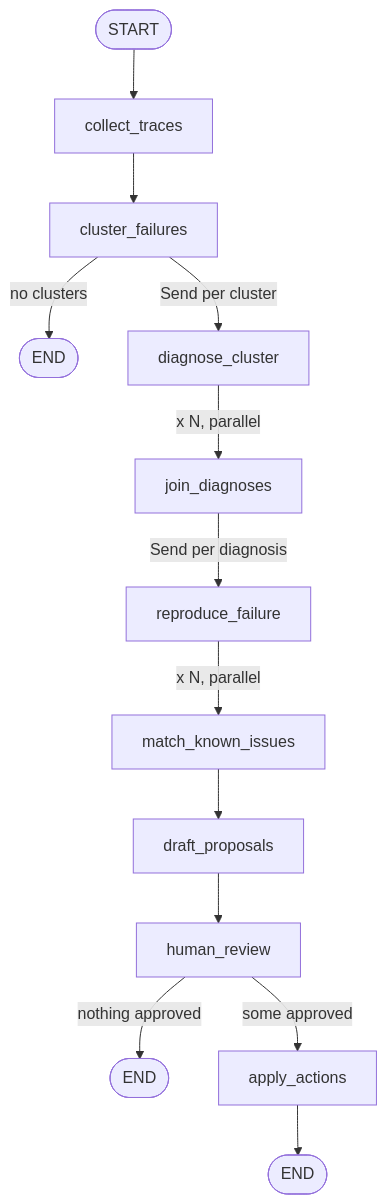
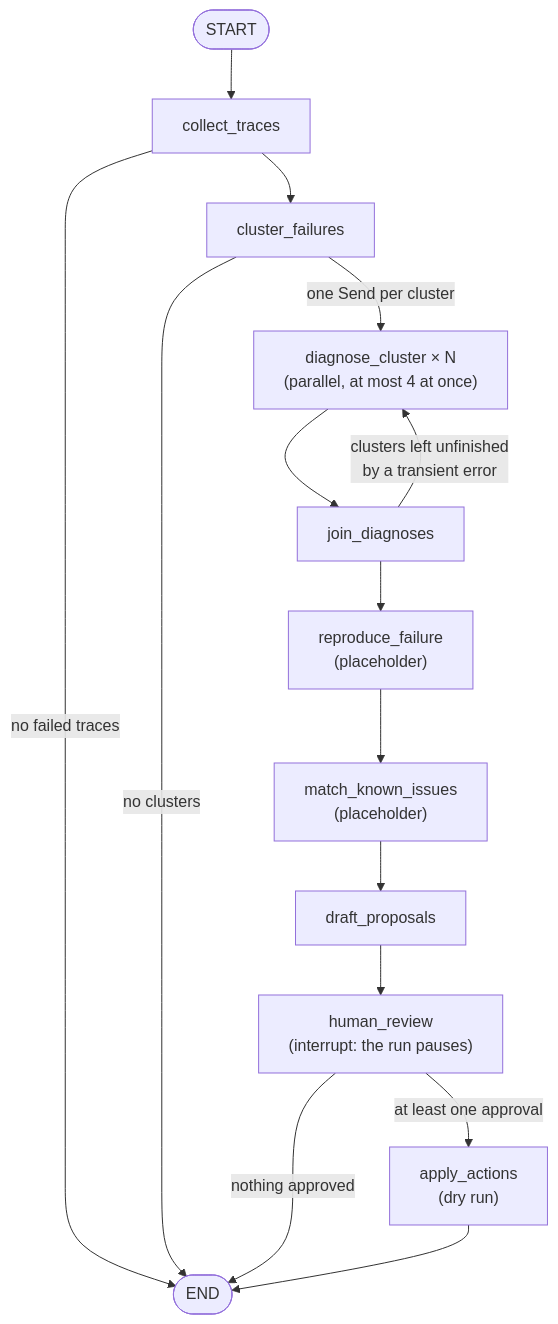
The fourth of 5 diagrams in README.md (Nelev/tracescan), drawn with Mermaid before and after one commit. The commit also changed other lines of this file, not shown here.

````diff
--- a/README.md
+++ b/README.md
@@ -49,15 +224,17 @@
 ```mermaid
 flowchart TD
-    START([START]) --> collect_traces
-    collect_traces --> cluster_failures
-    cluster_failures -- "no clusters" --> END1([END])
-    cluster_failures -- "Send per cluster" --> diagnose_cluster
-    diagnose_cluster -- "x N, parallel" --> join_diagnoses
-    join_diagnoses -- "Send per diagnosis" --> reproduce_failure
-    reproduce_failure -- "x N, parallel" --> match_known_issues
-    match_known_issues --> draft_proposals
-    draft_proposals --> human_review
-    human_review -- "nothing approved" --> END2([END])
-    human_review -- "some approved" --> apply_actions
-    apply_actions --> END3([END])
+    start([START]) --> collect[collect_traces]
+    collect -- "no failed traces" --> stop([END])
+    collect --> cluster[cluster_failures]
+    cluster -- "no clusters" --> stop
+    cluster -- "one Send per cluster" --> diagnose["diagnose_cluster × N<br/>(parallel, at most 4 at once)"]
+    diagnose --> join[join_diagnoses]
+    join -- "clusters left unfinished<br/>by a transient error" --> diagnose
+    join --> repro["reproduce_failure<br/>(placeholder)"]
+    repro --> known["match_known_issues<br/>(placeholder)"]
+    known --> draft[draft_proposals]
+    draft --> review["human_review<br/>(interrupt: the run pauses)"]
+    review -- "nothing approved" --> stop
+    review -- "at least one approval" --> apply["apply_actions<br/>(dry run)"]
+    apply --> stop
 ```
````
